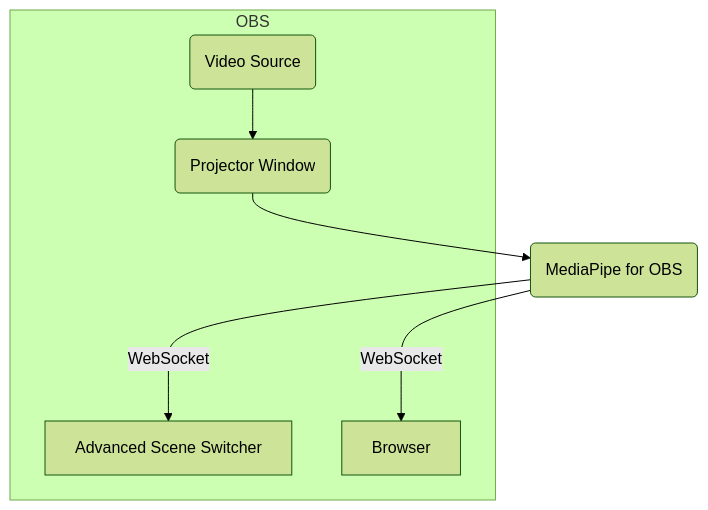
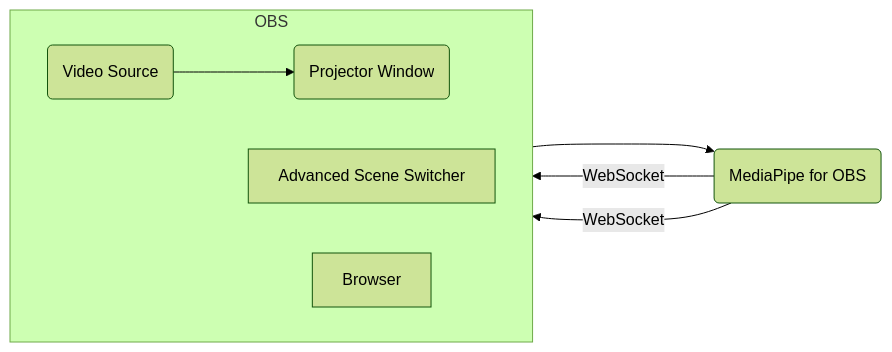
One commit to UUoocl/MediaPipe_for_OBS changed the first of 2 diagrams in README.md. Above: the diagram before and after it, drawn with Mermaid (forest theme). The commit also changed other lines of this file, not shown here.

````diff
--- a/README.md
+++ b/README.md
@@ -4,14 +4,15 @@
 ```mermaid
-graph TD;
+graph LR;
 subgraph OBS
-A(Video Source)-->B(Video Projector Window);
-D[Advanced Scene Switcher];
-E[Browser]
+  direction LR
+  A(Video Source)-->B(Video Projector Window);
+  D[Advanced Scene Switcher];
+  E[Browser]
 end
 
 B(Projector Window)--> C(MediaPipe for OBS);
 
 C ---> |WebSocket|E;
 C ---> |WebSocket|D;
 
 ```
````
